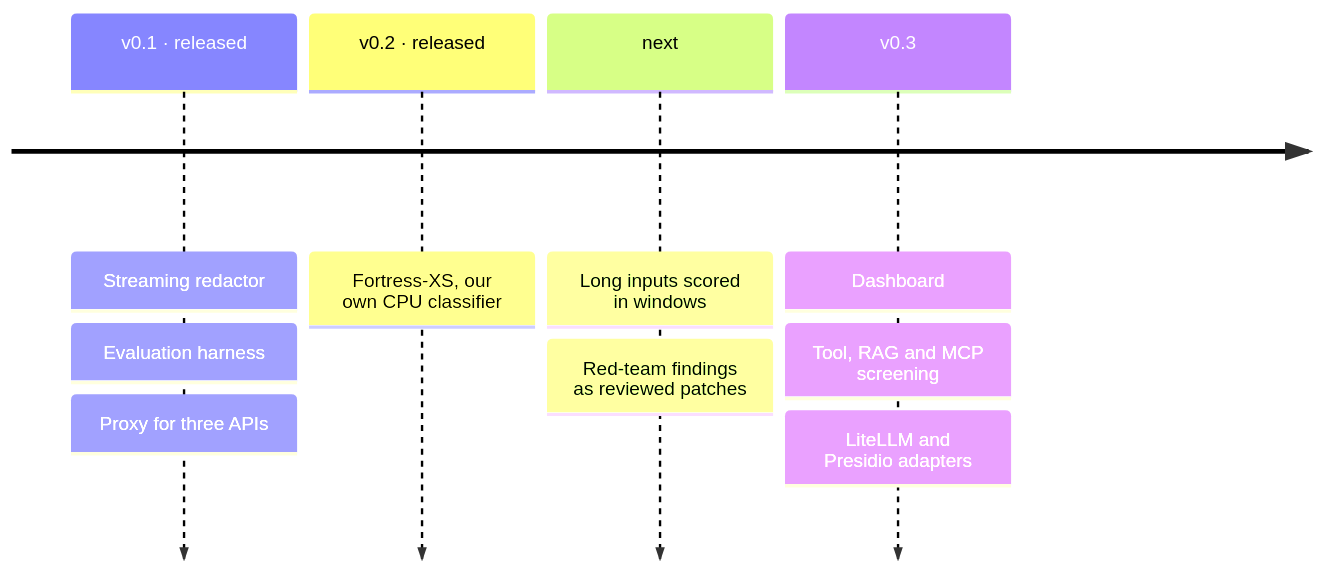
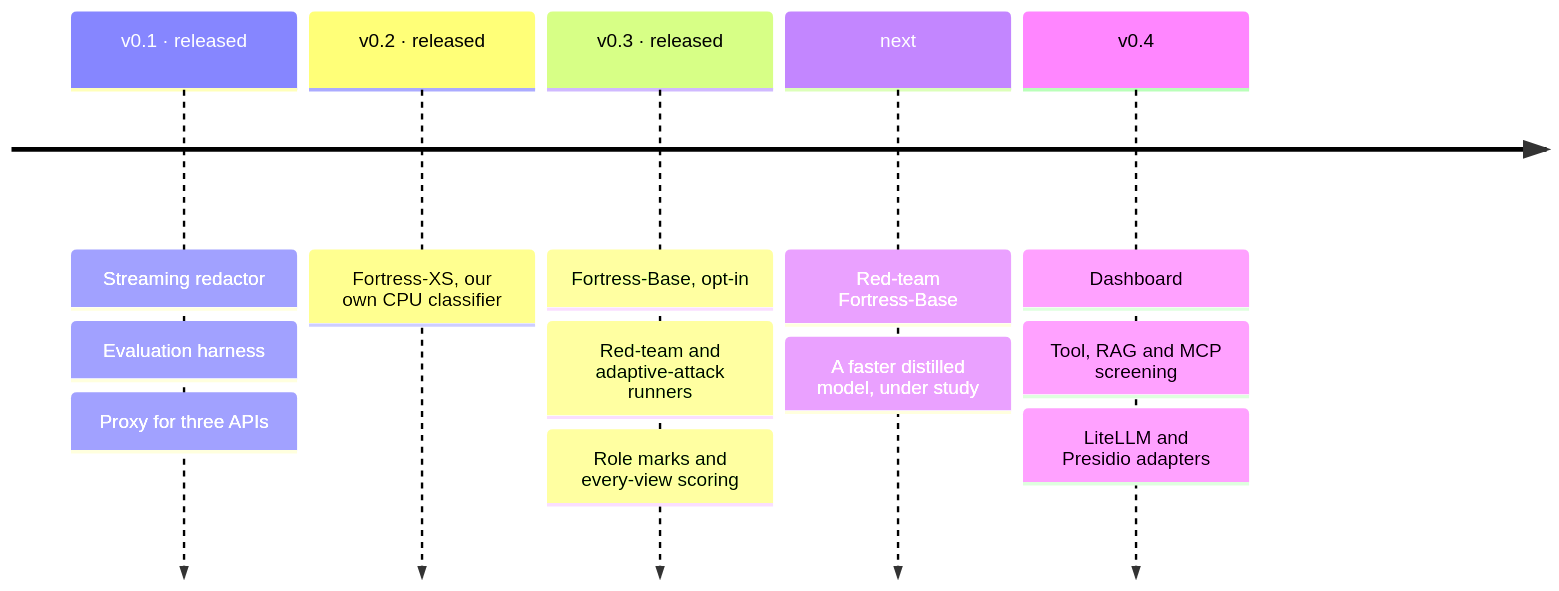
One commit to gantrly/mobius-guard changed the second of 2 diagrams in README.md. Above: the diagram before and after it, drawn with Mermaid. The commit also changed other lines of this file and 13 other files, not shown here.

First line of the commit message:
Docs for 0.3: Fortress-Base and red-teaming everywhere (#39)

````diff
--- a/README.md
+++ b/README.md
@@ -226,7 +266,8 @@
 ```mermaid
 timeline
     v0.1 · released : Streaming redactor : Evaluation harness : Proxy for three APIs
     v0.2 · released : Fortress-XS, our own CPU classifier
-    next : Long inputs scored in windows : Red-team findings as reviewed patches
-    v0.3 : Dashboard : Tool, RAG and MCP screening : LiteLLM and Presidio adapters
+    v0.3 · released : Fortress-Base, opt-in : Red-team and adaptive-attack runners : Role marks and every-view scoring
+    next : Red-team Fortress-Base : A faster distilled model, under study
+    v0.4 : Dashboard : Tool, RAG and MCP screening : LiteLLM and Presidio adapters
 ```
````
